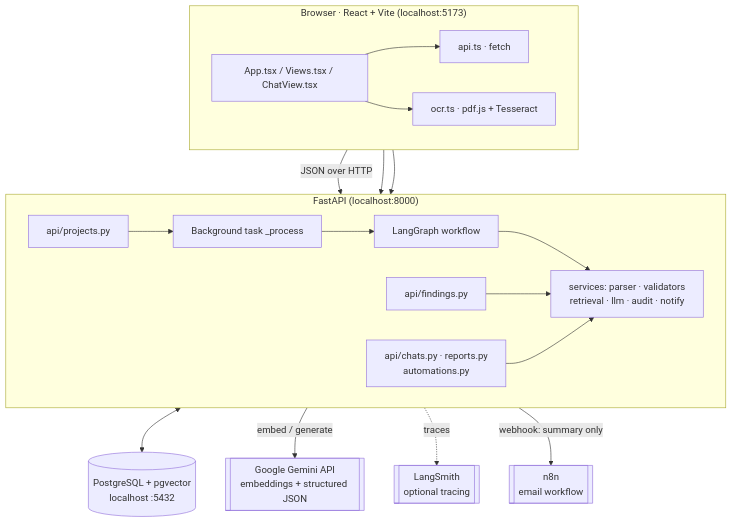
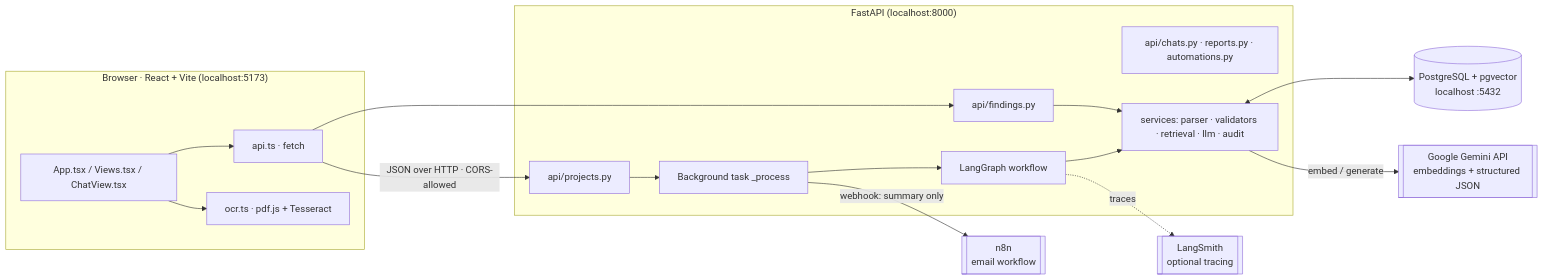
One commit to Abhinav-git1/FiberDoc_AI changed the first of 3 diagrams in PROJECT_OVERVIEW.md. Above: the diagram before and after it, drawn with Mermaid. The commit also changed other lines of this file and 2 other files, not shown here.

Commit message:
Keep the flowcharts horizontal and render them at full size on GitHub

````diff
--- a/PROJECT_OVERVIEW.md
+++ b/PROJECT_OVERVIEW.md
@@ -62,37 +62,34 @@
 ```mermaid
-flowchart TB
+%%{init: {"flowchart": {"useMaxWidth": false}}}%%
+flowchart LR
   subgraph Browser["Browser · React + Vite (localhost:5173)"]
-    direction LR
     UI[App.tsx / Views.tsx / ChatView.tsx]
     API[api.ts · fetch]
     OCR[ocr.ts · pdf.js + Tesseract]
     UI --> API
     UI --> OCR
   end
 
   subgraph Server["FastAPI (localhost:8000)"]
-    direction LR
     R1[api/projects.py]
     R2[api/findings.py]
-    R3[api/chats.py · reports.py<br/>automations.py]
+    R3[api/chats.py · reports.py · automations.py]
     BG[Background task _process]
     WF[LangGraph workflow]
-    SVC[services: parser · validators<br/>retrieval · llm · audit · notify]
+    SVC[services: parser · validators · retrieval · llm · audit]
     R1 --> BG --> WF --> SVC
     R2 --> SVC
-    R3 --> SVC
   end
 
   DB[(PostgreSQL + pgvector<br/>localhost :5432)]
   GEM[[Google Gemini API<br/>embeddings + structured JSON]]
   LS[[LangSmith<br/>optional tracing]]
-  N8N[[n8n<br/>email workflow]]
 
-  API -- "JSON over HTTP" --> R1
+  API -- "JSON over HTTP · CORS-allowed" --> R1
   API --> R2
-  API --> R3
   SVC <--> DB
   SVC -- "embed / generate" --> GEM
-  WF -. traces .-> LS
+  WF -.traces.-> LS
+  N8N[[n8n<br/>email workflow]]
   BG -- "webhook: summary only" --> N8N
 ```
````
